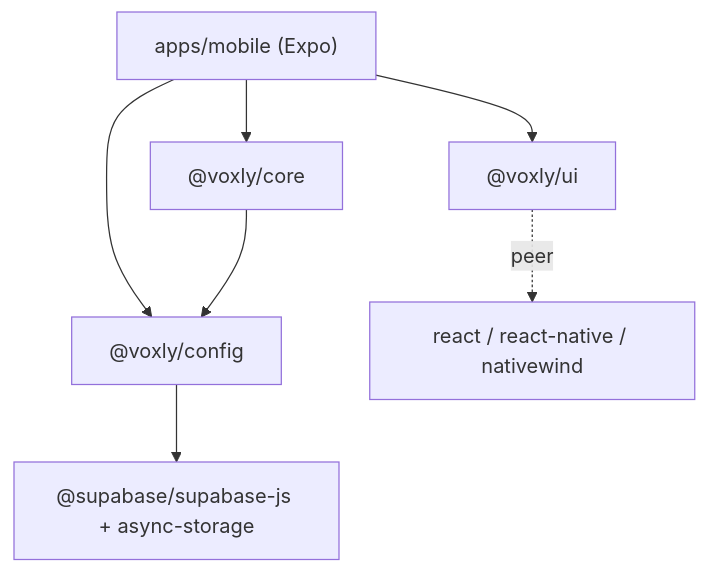
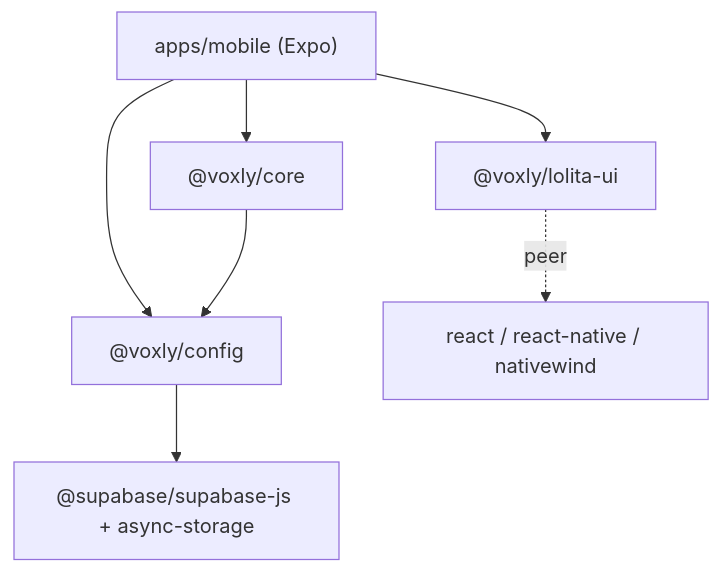
Before and after one commit to KevinPeinado33/voxly-ai: the second of 2 diagrams in docs/monorepo-migration.md, drawn with Mermaid. The commit also changed other lines of this file and 17 other files, not shown here.

Commit message:
refactor: rename @voxly/ui to @voxly/lolita-ui

````diff
--- a/docs/monorepo-migration.md
+++ b/docs/monorepo-migration.md
@@ -57,9 +57,9 @@
 ```mermaid
 graph TD
-    mobile["apps/mobile (Expo)"] --> ui["@voxly/ui"]
+    mobile["apps/mobile (Expo)"] --> ui["@voxly/lolita-ui"]
     mobile --> core["@voxly/core"]
     mobile --> config["@voxly/config"]
     core --> config
     ui -. peer .-> peers["react / react-native / nativewind"]
     config --> supa["@supabase/supabase-js + async-storage"]
 ```
````
